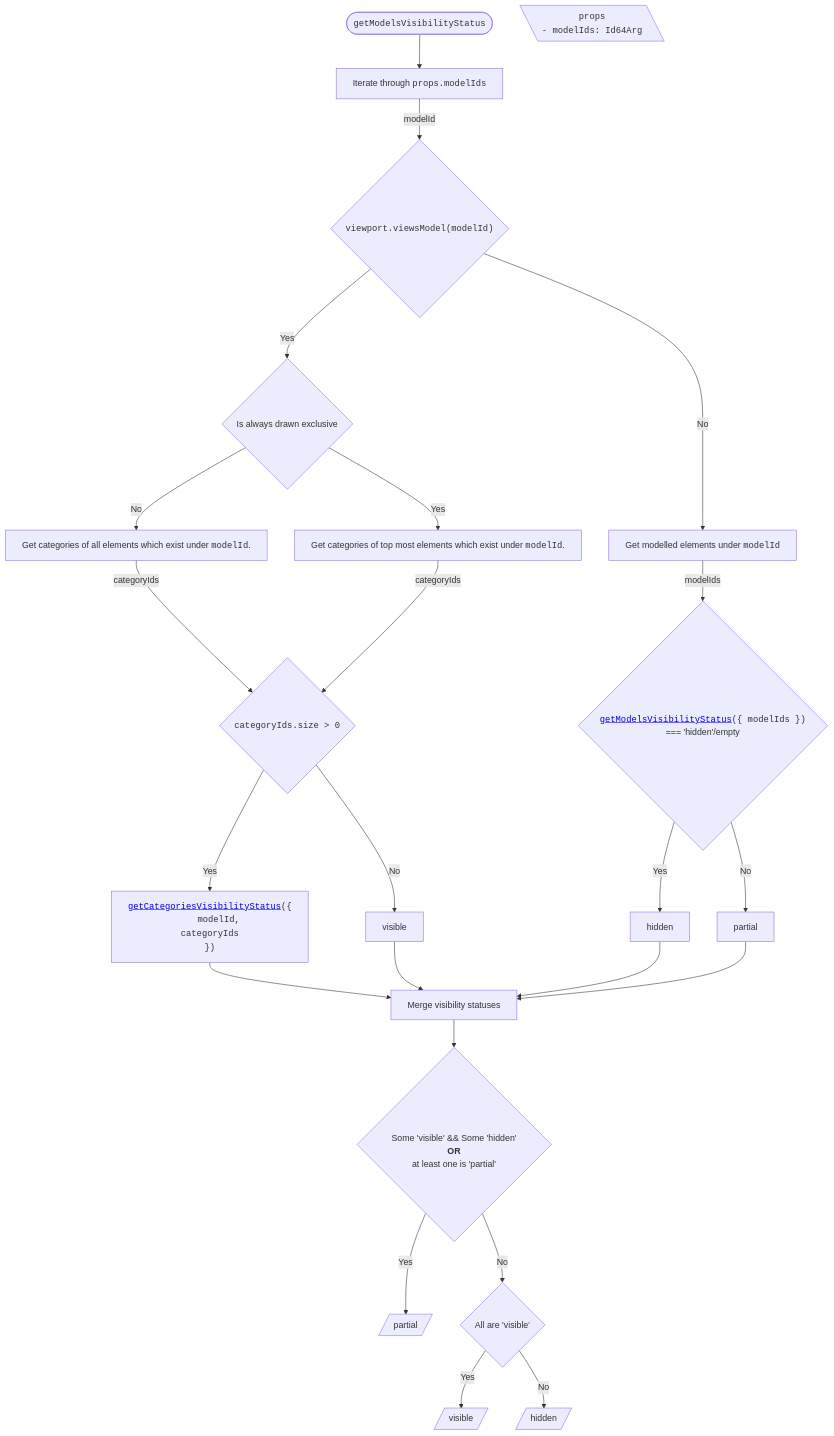
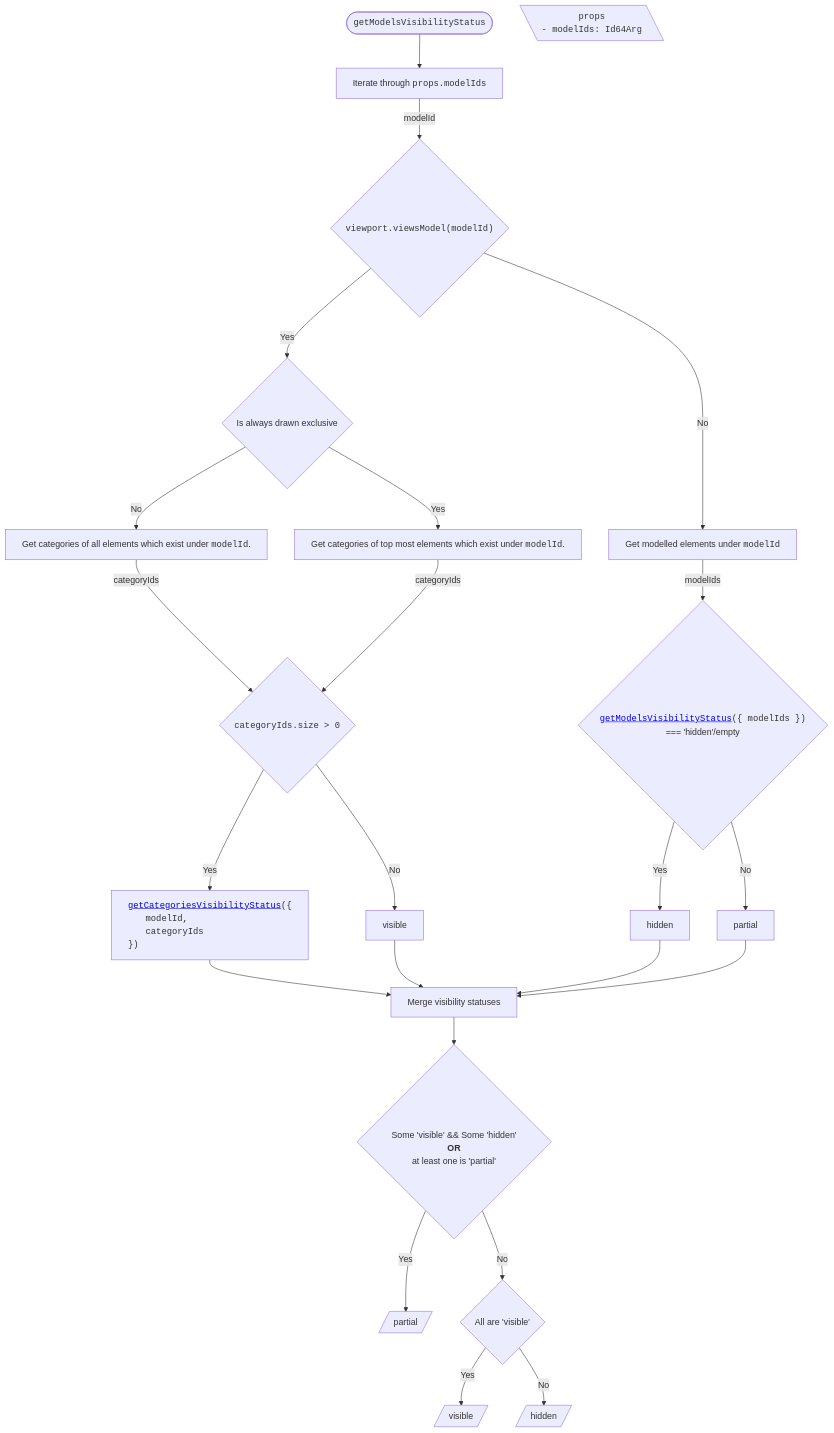
Before and after one commit to iTwin/viewer-components-react: the second of 14 diagrams in packages/itwin/tree-widget/docs/SharedVisibilityHandling.md, drawn with Mermaid. The commit also changed other lines of this file and 3 other files, not shown here.

````diff
--- a/packages/itwin/tree-widget/docs/SharedVisibilityHandling.md
+++ b/packages/itwin/tree-widget/docs/SharedVisibilityHandling.md
@@ -84,56 +84,56 @@
 ```mermaid
 ---
 config:
   flowchart:
     wrappingWidth: 750
     useMaxWidth: false
 ---
 
 flowchart TD
   RESULT_Partial[/partial/]
   RESULT_Visible[/visible/]
   RESULT_Hidden[/hidden/]
 
   %% Start
   TITLE(["<code>getModelsVisibilityStatus</code>"]) --> A[Iterate through <code>props.modelIds</code>]
 
   PROPS[\"
     <code>props</code>
-    <code style='text-align: left;'>- modelIds: Id64Arg</code>
+    <code style='display: block; text-align: left;'>- modelIds: Id64Arg</code>
   "\]
 
   A -- modelId --> B{"<code>viewport.viewsModel(modelId)</code>"}
 
   %% Branch Yes
   B -- Yes --> C1{Is always drawn exclusive}
   C1 -- No --> C11[Get categories of all elements which exist under <code>modelId</code>.]
   C1 -- Yes --> C12[Get categories of top most elements which exist under <code>modelId</code>.]
   C11 -- categoryIds --> D0{<code>categoryIds.size > 0<code/>}
   C12 -- categoryIds --> D0
-    D0 -- Yes --> D1["<code style='text-align: left;'><a href='#getcategoriesvisibilitystatus'>getCategoriesVisibilityStatus</a>({
-      <code style='padding-left: 2rem'>modelId,
-      categoryIds</code>
+    D0 -- Yes --> D1["<code style='display: block; text-align: left;'><a href='#getcategoriesvisibilitystatus'>getCategoriesVisibilityStatus</a>({
+      <code style='padding-left: 2rem'>modelId,</code>
+      <code style='padding-left: 2rem'>categoryIds</code>
     })</code>"]
     D0 -- No --> E1[visible]
 
   %% Branch No
   B -- No --> C2[Get modelled elements under <code>modelId</code>]
   C2 -- modelIds --> D2{"<code><a href='#getmodelsvisibilitystatus'>getModelsVisibilityStatus</a>({ modelIds })</code> <br/> === 'hidden'/empty"}
     D2 -- Yes --> E2[hidden]
     D2 -- No --> E3[partial]
 
   %% Merge
   D1 --> M[Merge visibility statuses]
   E1 --> M
   E2 --> M
   E3 --> M
 
   M --> N{<br/> Some 'visible' && Some 'hidden' <br/> <strong>OR</strong> <br/> at least one is 'partial'}
 
   N -- Yes --> RESULT_Partial
 
   N -- No --> O{All are 'visible'}
 
   O -- Yes --> RESULT_Visible
   O -- No --> RESULT_Hidden
 ```
````
